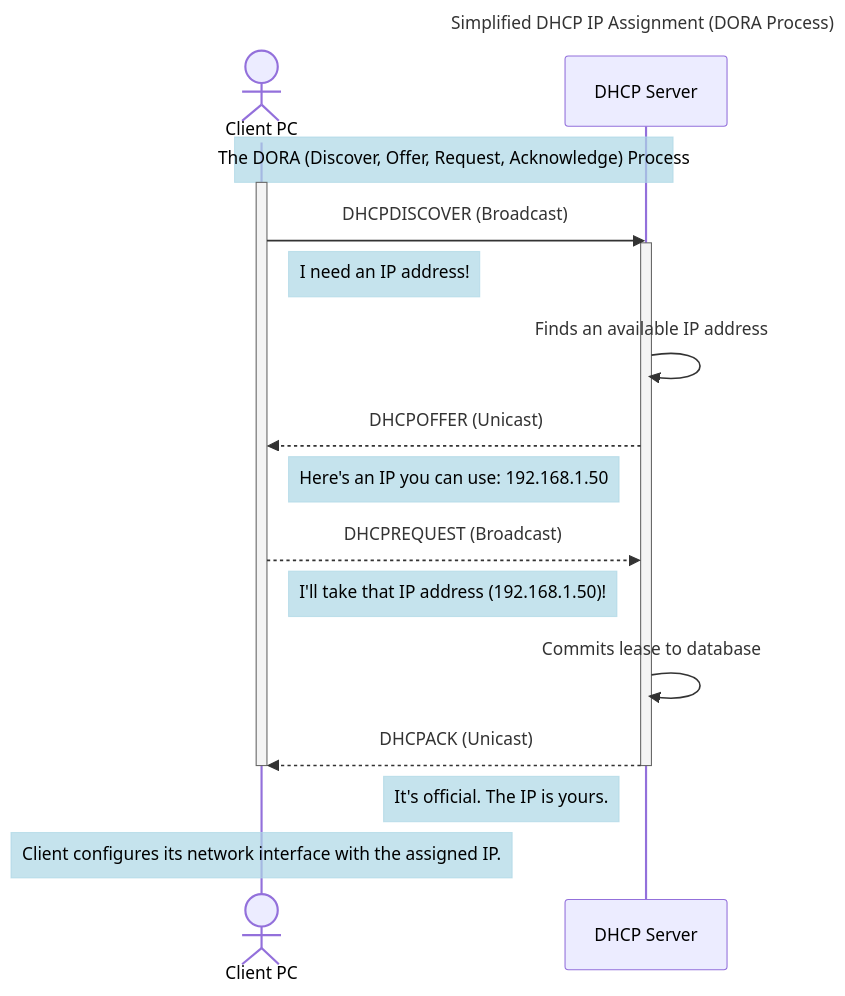
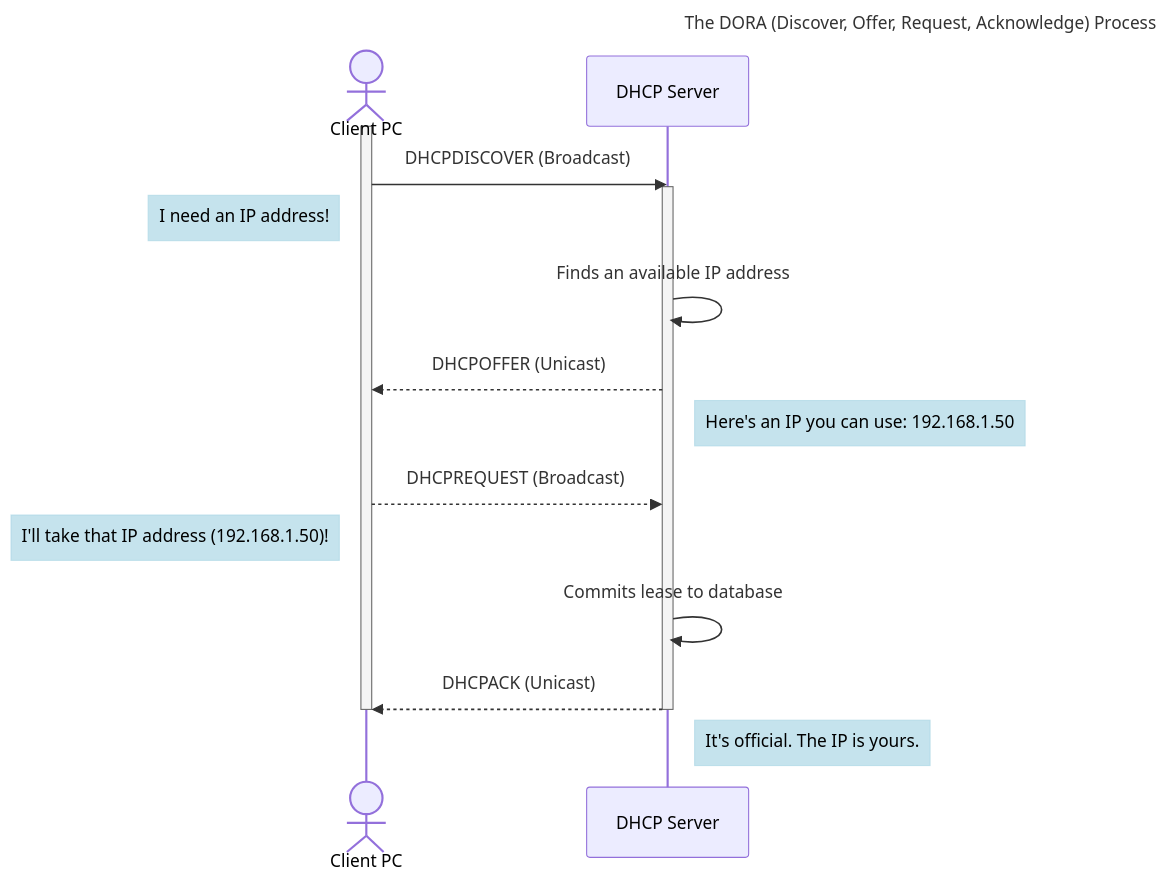
The diagram in DHCP/DHCP_DORA_Process_Simplified.mmd (jtj/Network-Protocol-Diagrams), drawn with Mermaid before and after one commit. The commit also changed 1 other file, not shown here.

Commit message:
Added THCP three way diagram and simplified DHCP DORA process diagram.

```diff
--- a/DHCP/DHCP_DORA_Process_Simplified.mmd
+++ b/DHCP/DHCP_DORA_Process_Simplified.mmd
@@ -1,41 +1,38 @@
 %%{
   init: {
     'themeVariables': {
       'noteBkgColor': 'rgba(173, 216, 230, 0.7)',
       'noteBorderColor': 'rgba(173, 216, 230, 0.7)',
       'noteTextColor': '#000000'
     }
   }
 }%%
 
 sequenceDiagram
-    title Simplified DHCP IP Assignment (DORA Process)
+    title The DORA (Discover, Offer, Request, Acknowledge) Process
     
     actor Client as Client PC
     participant DHCPServer as DHCP Server
 
-    Note over Client,DHCPServer: The DORA (Discover, Offer, Request, Acknowledge) Process
-
+   
     %% 1. Discover
     activate Client
     Client->>DHCPServer: DHCPDISCOVER (Broadcast)
     activate DHCPServer
-    Note right of Client: I need an IP address!
+    Note left of Client: I need an IP address!
 
     %% 2. Offer
     DHCPServer->>DHCPServer: Finds an available IP address
     DHCPServer-->>Client: DHCPOFFER (Unicast)
-    Note left of DHCPServer: Here's an IP you can use: 192.168.1.50
+    Note right of DHCPServer: Here's an IP you can use: 192.168.1.50
 
     %% 3. Request
     Client-->>DHCPServer: DHCPREQUEST (Broadcast)
-    Note right of Client: I'll take that IP address (192.168.1.50)!
+    Note left of Client: I'll take that IP address (192.168.1.50)!
 
     %% 4. Acknowledge
     DHCPServer->>DHCPServer: Commits lease to database
     DHCPServer-->>Client: DHCPACK (Unicast)
     deactivate DHCPServer
     deactivate Client
-    Note left of DHCPServer: It's official. The IP is yours.
-    
-    Note over Client: Client configures its network interface with the assigned IP.
+    Note right of DHCPServer: It's official. The IP is yours.
```
